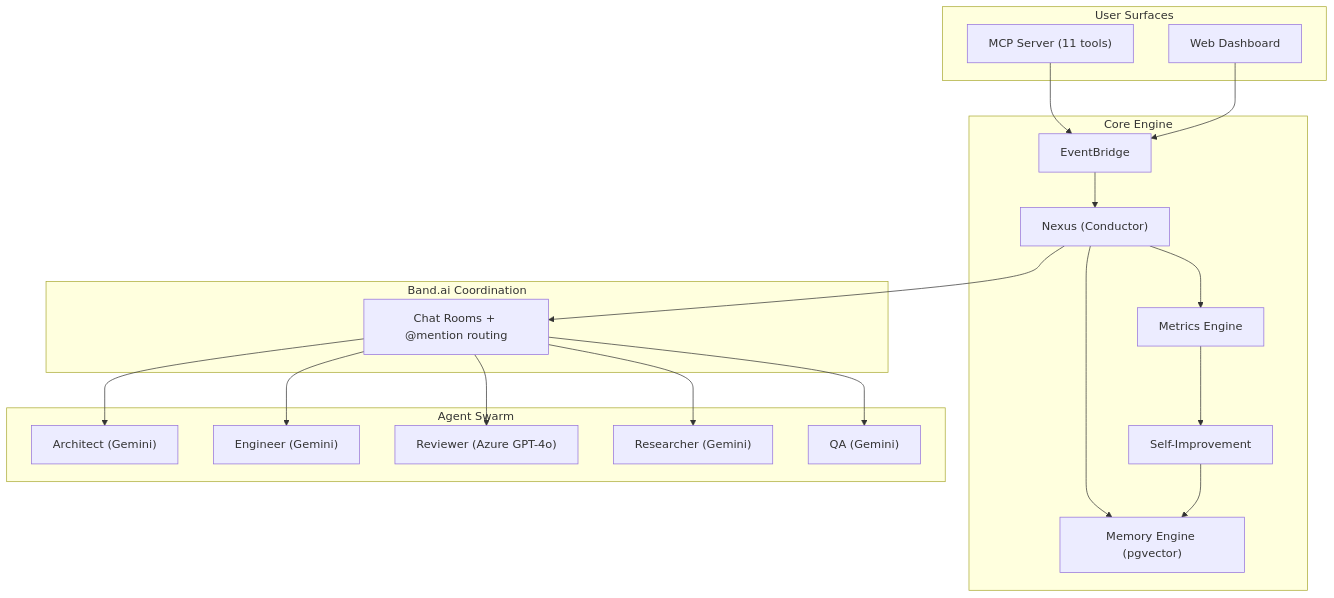
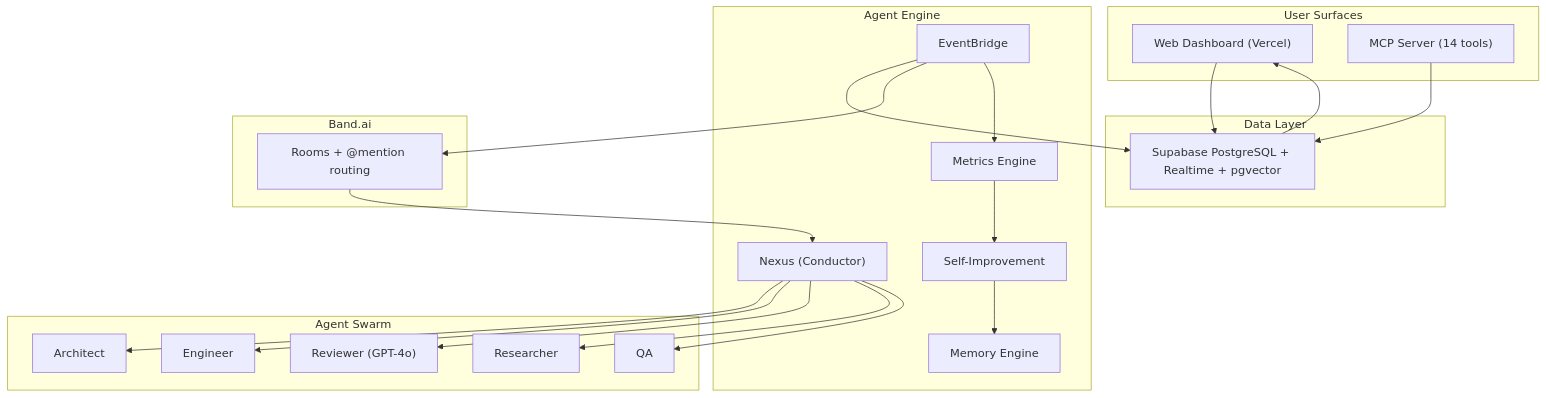
The first of 3 diagrams in README.md (Adit-Jain-srm/Vibe-Syndicate), drawn with Mermaid before and after one commit. The commit also changed other lines of this file, not shown here.

First line of the commit message:
docs: rewrite README with current architecture and deployment stack

````diff
--- a/README.md
+++ b/README.md
@@ -28,41 +46,42 @@
 ```mermaid
 flowchart TB
-    subgraph user [User Surfaces]
-        MCP["MCP Server (11 tools)"]
-        Dashboard["Web Dashboard"]
+    subgraph surfaces [User Surfaces]
+        Dashboard["Web Dashboard (Vercel)"]
+        MCP["MCP Server (14 tools)"]
     end
 
-    subgraph core [Core Engine]
+    subgraph data [Data Layer]
+        Supabase["Supabase PostgreSQL + Realtime + pgvector"]
+    end
+
+    subgraph engine [Agent Engine]
+        Bridge["EventBridge"]
         Nexus["Nexus (Conductor)"]
-        Bridge["EventBridge"]
-        Memory["Memory Engine (pgvector)"]
         Metrics["Metrics Engine"]
+        Memory["Memory Engine"]
         SelfImprove["Self-Improvement"]
     end
 
-    subgraph band [Band.ai Coordination]
-        Rooms["Chat Rooms + @mention routing"]
+    subgraph band [Band.ai]
+        Rooms["Rooms + @mention routing"]
     end
 
     subgraph swarm [Agent Swarm]
-        Arch["Architect (Gemini)"]
-        Eng["Engineer (Gemini)"]
-        Rev["Reviewer (Azure GPT-4o)"]
-        Res["Researcher (Gemini)"]
-        QA_agent["QA (Gemini)"]
+        Arch["Architect"]
+        Eng["Engineer"]
+        Rev["Reviewer (GPT-4o)"]
+        Res["Researcher"]
+        QA["QA"]
     end
 
-    MCP --> Bridge
-    Dashboard --> Bridge
-    Bridge --> Nexus
-    Nexus --> Memory
-    Nexus --> Metrics
-    Nexus --> Rooms
-    Rooms --> Arch
-    Rooms --> Eng
-    Rooms --> Rev
-    Rooms --> Res
-    Rooms --> QA_agent
+    Dashboard --> Supabase
+    MCP --> Supabase
+    Bridge --> Supabase
+    Bridge --> Rooms
+    Rooms --> Nexus
+    Nexus --> Arch & Eng & Rev & Res & QA
+    Bridge --> Metrics
     Metrics --> SelfImprove
     SelfImprove --> Memory
+    Supabase --> Dashboard
 ```
````
